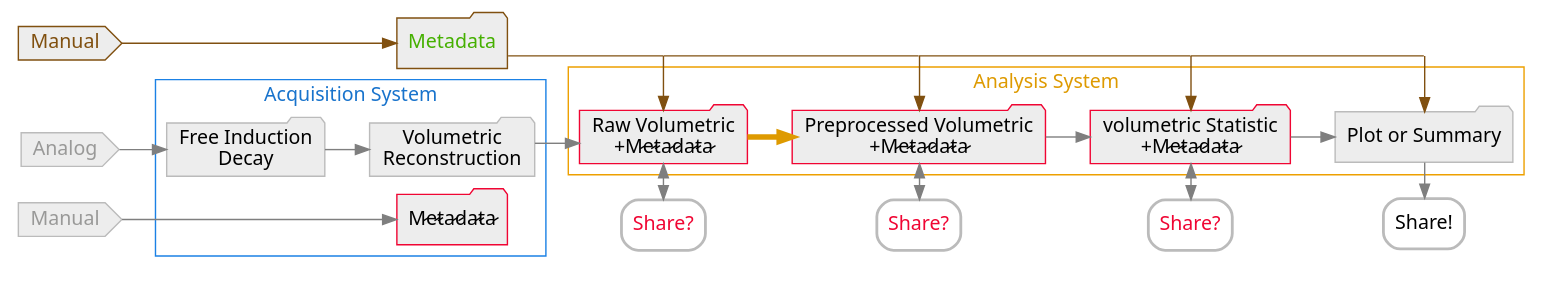
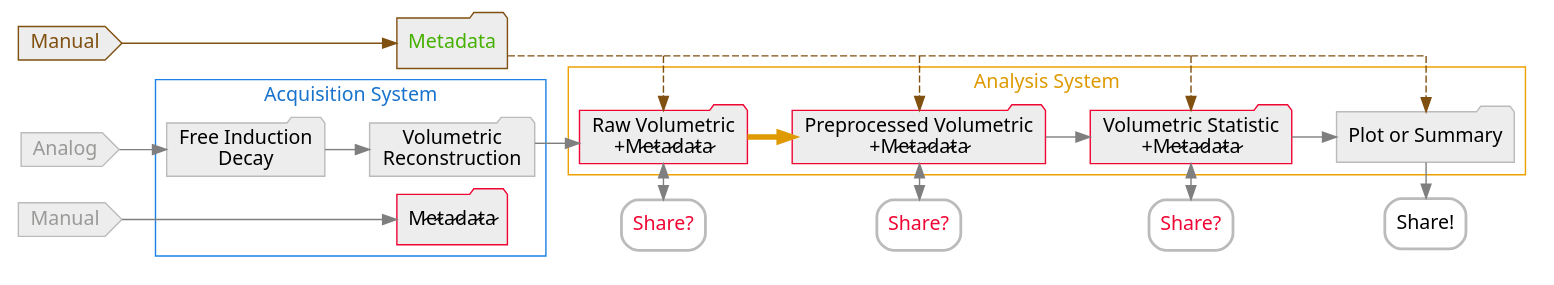
Before and after one commit to Jimmy2027/mlebe_RepSep: the diagram in data/metadata_bad.dot, drawn with Graphviz. The commit also changed 3 other files, not shown here.

```diff
--- a/data/metadata_bad.dot
+++ b/data/metadata_bad.dot
@@ -1,68 +1,68 @@
 digraph graphname {
     newrank = true;
     size="26,12";
     rankdir="LR";
     graph [splines=ortho, fontname="sans", pad="0.07", nodesep="0.175", ranksep="0.45"];
     node [fontname = "sans", style=filled];
     edge [fontname = "sans", color=gray50];
     d_[label=<<FONT COLOR="#F00533">Share?</FONT>>, style="bold, rounded", color="#BBBBBB", shape="box"];
     e_[label=<<FONT COLOR="#F00533">Share?</FONT>>, style="bold, rounded", color="#BBBBBB", shape="box"];
     f_[label=<<FONT COLOR="#F00533">Share?</FONT>>, style="bold, rounded", color="#BBBBBB", shape="box"];
     g_[label="Share!", style="bold, rounded", color="#BBBBBB", shape="box"];
     a[label="Analog  ", shape=cds, color="#BBBBBB", fillcolor=grey93, fontcolor="#999998"];
     b[label="Free Induction\nDecay", shape=folder, color="#BBBBBB", fillcolor=grey93];
     c[label="Volumetric\nReconstruction", shape=folder, color="#BBBBBB", fillcolor=grey93];
     d[label="Raw Volumetric\n +M̷e̷t̷a̷d̷a̷t̷a̷", shape=folder, color="#F00533", fillcolor=grey93];
     e[label="Preprocessed Volumetric\n +M̷e̷t̷a̷d̷a̷t̷a̷", shape=folder, color="#F00533", fillcolor=grey93];
-    f[label="volumetric Statistic\n +M̷e̷t̷a̷d̷a̷t̷a̷", shape=folder, color="#F00533", fillcolor=grey93];
+    f[label="Volumetric Statistic\n +M̷e̷t̷a̷d̷a̷t̷a̷", shape=folder, color="#F00533", fillcolor=grey93];
     g[label="Plot or Summary", shape=folder, color="#BBBBBB", fillcolor=grey93];
     m0[label="Manual  ", shape=cds, color="#BBBBBB", fillcolor=grey93, fontcolor="#999998"];
     m1[label="M̷e̷t̷a̷d̷a̷t̷a̷", shape=folder, color="#F00533", fillcolor=grey93];
     m_bad[
         label=<<FONT COLOR="#45B000">Metadata</FONT>>,
         shape=folder, color="#805010", fillcolor=grey93,
         ];
     m0_bad[label="Manual  ", shape=cds, color="#805010", fillcolor=grey93, fontcolor="#805010"];
     d_branch[label = "d_branch", style = invis, shape=point, width=.0]
     e_branch[label = "e_branch", style = invis, shape=point, width=.0]
     f_branch[label = "f_branch", style = invis, shape=point, width=.0]
     g_branch[label = "g_branch", style = invis, shape=point, width=.0]
     
     m0 -> m1 ;
     m0_bad -> m_bad[color="#805010"];
-    m_bad:e -> d_branch[color="#805010", arrowhead=none];
-    d_branch -> d:n[color="#805010"];
-    d_branch -> e_branch[color="#805010", arrowhead=none];
-    e_branch -> e:n[color="#805010"];
-    e_branch -> f_branch[color="#805010", arrowhead=none];
-    f_branch -> f:n[color="#805010"];
-    f_branch -> g_branch[color="#805010", arrowhead=none];
-    g_branch -> g:n[color="#805010"];
+    m_bad:e -> d_branch[color="#805010", arrowhead=none, style=dashed];
+    d_branch -> d:n[color="#805010", style=dashed];
+    d_branch -> e_branch[color="#805010", arrowhead=none, style=dashed];
+    e_branch -> e:n[color="#805010", style=dashed];
+    e_branch -> f_branch[color="#805010", arrowhead=none, style=dashed];
+    f_branch -> f:n[color="#805010", style=dashed];
+    f_branch -> g_branch[color="#805010", arrowhead=none, style=dashed];
+    g_branch -> g:n[color="#805010", style=dashed];
     a -> b ;
     subgraph cluster1 {
         b -> c ;
         m1;
         label = "Acquisition System";
         fontcolor = "#1873cc";
         color = "#1b81e5";
     }
     c -> d:w ;
     subgraph cluster2 {
         d -> e [arrowsize=0.9, penwidth=4, color="#DE9A00"];
         e -> f ;
         f -> g ;
         label = "Analysis System";
         fontcolor = "#DE9A00";
         color = "#EDA000";
     }
     d -> d_ [dir=both, minlen=2];
     e -> e_ [dir=both, minlen=2];
     f -> f_ [dir=both, minlen=2];
     g -> g_ [minlen=2];
     {rank=same; a; m0; m0_bad}
     {rank=same; c; m1; m_bad}
     {rank=same; d; d_; d_branch}
     {rank=same; e; e_; e_branch}
     {rank=same; f; f_; f_branch}
     {rank=same; g; g_; g_branch}
 }
```
